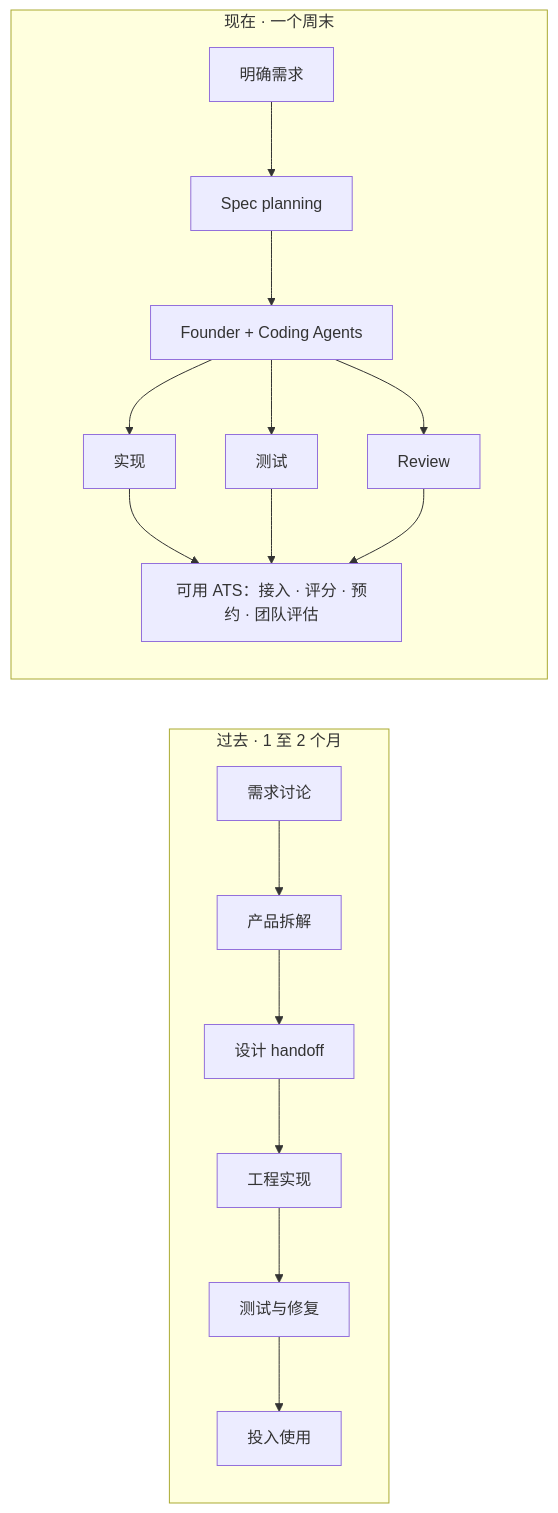
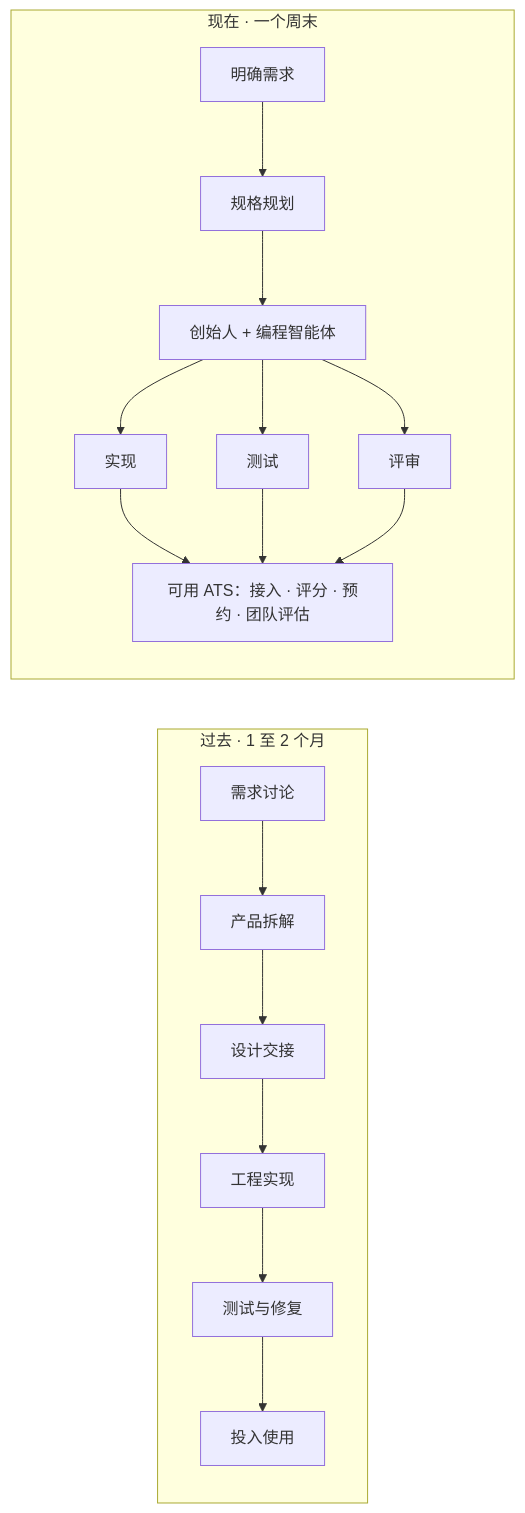
Before and after one commit to CaliCastle/cali.so: the first of 4 diagrams in content/blog/we-decided-to-stop-buying-saas/index.mdx, drawn with Mermaid. The commit also changed other lines of this file and 2 other files, not shown here.

````diff
--- a/content/blog/we-decided-to-stop-buying-saas/index.mdx
+++ b/content/blog/we-decided-to-stop-buying-saas/index.mdx
@@ -58,17 +58,17 @@
 ```mermaid caption="同一套 ATS，成本边界从一两个月缩短到一个周末。"
 flowchart LR
   subgraph PAST["过去 · 1 至 2 个月"]
     direction TB
-    P1["需求讨论"] --> P2["产品拆解"] --> P3["设计 handoff"] --> P4["工程实现"] --> P5["测试与修复"] --> P6["投入使用"]
+    P1["需求讨论"] --> P2["产品拆解"] --> P3["设计交接"] --> P4["工程实现"] --> P5["测试与修复"] --> P6["投入使用"]
   end
   subgraph NOW["现在 · 一个周末"]
     direction TB
-    N1["明确需求"] --> N2["Spec planning"] --> N3["Founder + Coding Agents"]
+    N1["明确需求"] --> N2["规格规划"] --> N3["创始人 + 编程智能体"]
     N3 --> I["实现"]
     N3 --> T["测试"]
-    N3 --> R["Review"]
+    N3 --> R["评审"]
     I --> ATS["可用 ATS：接入 · 评分 · 预约 · 团队评估"]
     T --> ATS
     R --> ATS
   end
 ```
````
